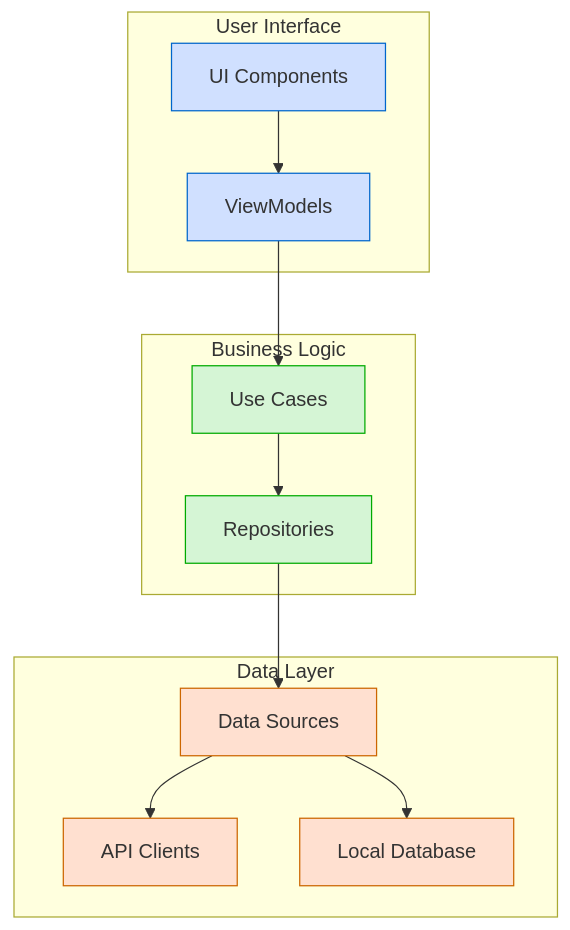
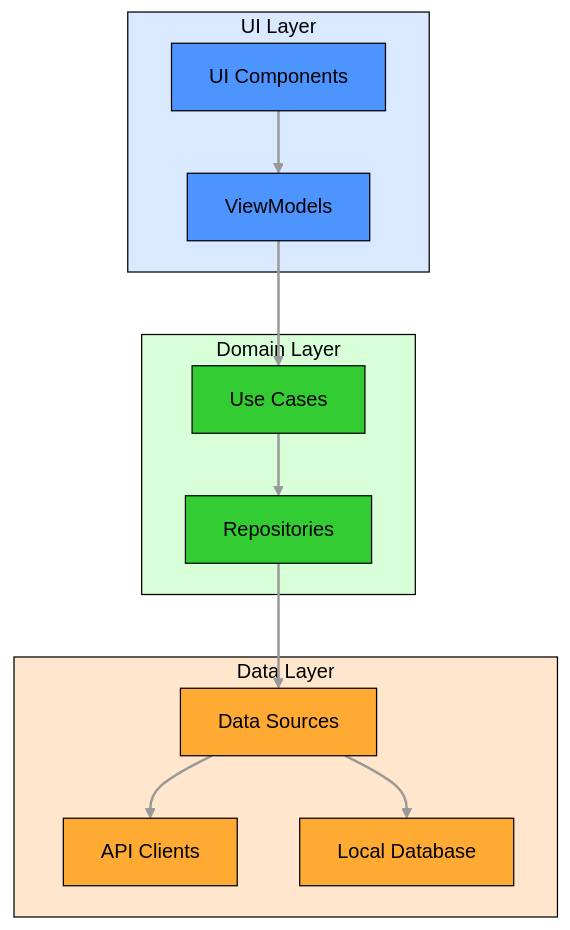
The first of 5 diagrams in docs/architecture/README.md (thunderbird/thunderbird-android), drawn with Mermaid before and after one commit. The commit also changed other lines of this file and 5 other files, not shown here.

Commit message:
docs(architecture): improve diagram colors and unified styling and naming

````diff
--- a/docs/architecture/README.md
+++ b/docs/architecture/README.md
@@ -73,33 +73,41 @@
 ```mermaid
 graph TD
-    subgraph "User Interface"
-        UI[UI Components]
-        VM[ViewModels]
+    subgraph UI[UI Layer]
+        UI_COMPONENTS[UI Components]
+        VIEW_MODEL[ViewModels]
     end
 
-    subgraph "Business Logic"
-        UC[Use Cases]
+    subgraph DOMAIN["Domain Layer"]
+        USE_CASE[Use Cases]
         REPO[Repositories]
     end
 
-    subgraph "Data Layer"
-        DS[Data Sources]
+    subgraph DATA[Data Layer]
+        DATA_SOURCE[Data Sources]
         API[API Clients]
         DB[Local Database]
     end
 
-    UI --> VM
-    VM --> UC
-    UC --> REPO
-    REPO --> DS
-    DS --> API
-    DS --> DB
+    UI_COMPONENTS --> VIEW_MODEL
+    VIEW_MODEL --> USE_CASE
+    USE_CASE --> REPO
+    REPO --> DATA_SOURCE
+    DATA_SOURCE --> API
+    DATA_SOURCE --> DB
 
-    classDef uiLayer fill:#d0e0ff,stroke:#0066cc
-    classDef businessLayer fill:#d5f5d5,stroke:#00aa00
-    classDef dataLayer fill:#ffe0d0,stroke:#cc6600
+    classDef ui_layer fill:#d9e9ff,stroke:#000000,color:#000000
+    classDef ui_class fill:#4d94ff,stroke:#000000,color:#000000
+    classDef domain_layer fill:#d9ffd9,stroke:#000000,color:#000000
+    classDef domain_class fill:#33cc33,stroke:#000000,color:#000000
+    classDef data_layer fill:#ffe6cc,stroke:#000000,color:#000000
+    classDef data_class fill:#ffaa33,stroke:#000000,color:#000000
+    
+    linkStyle default stroke:#999,stroke-width:2px
 
-    class UI,VM uiLayer
-    class UC,REPO businessLayer
-    class DS,API,DB dataLayer
+    class UI ui_layer
+    class UI_COMPONENTS,VIEW_MODEL ui_class
+    class DOMAIN domain_layer
+    class USE_CASE,REPO domain_class
+    class DATA data_layer
+    class DATA_SOURCE,API,DB data_class
 ```
````
